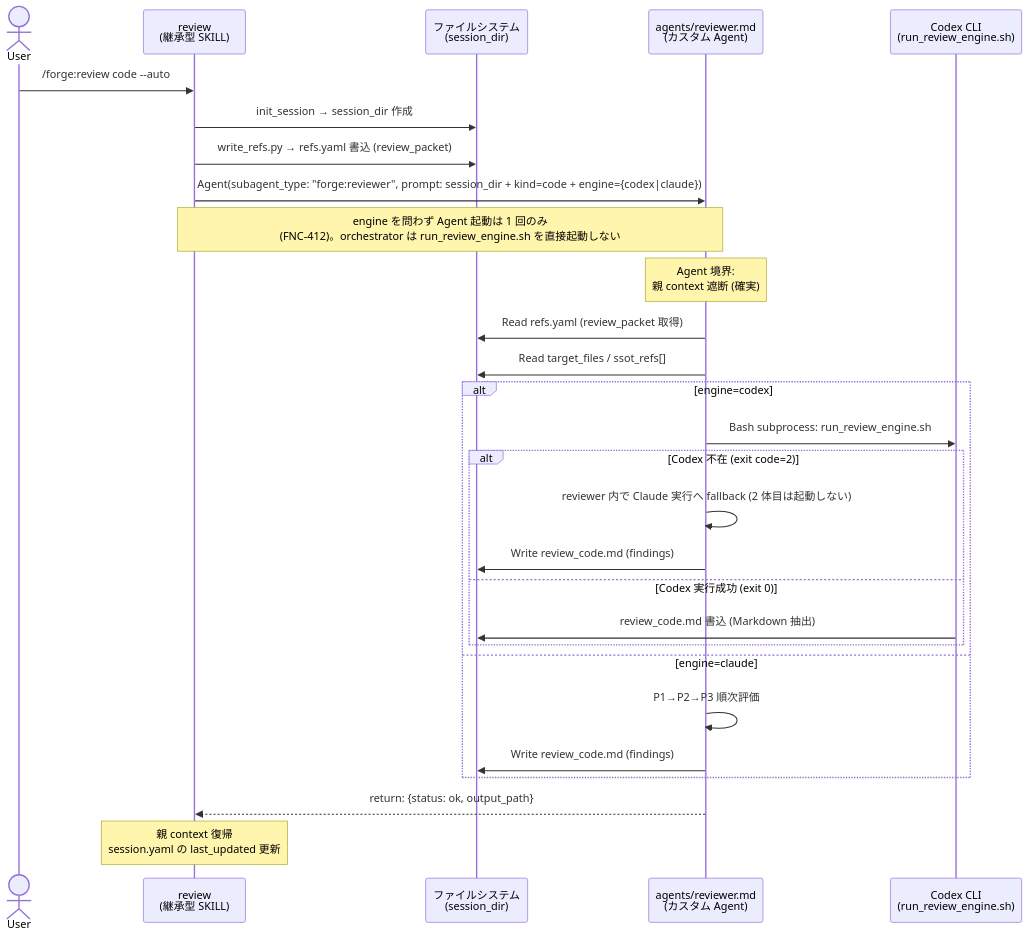
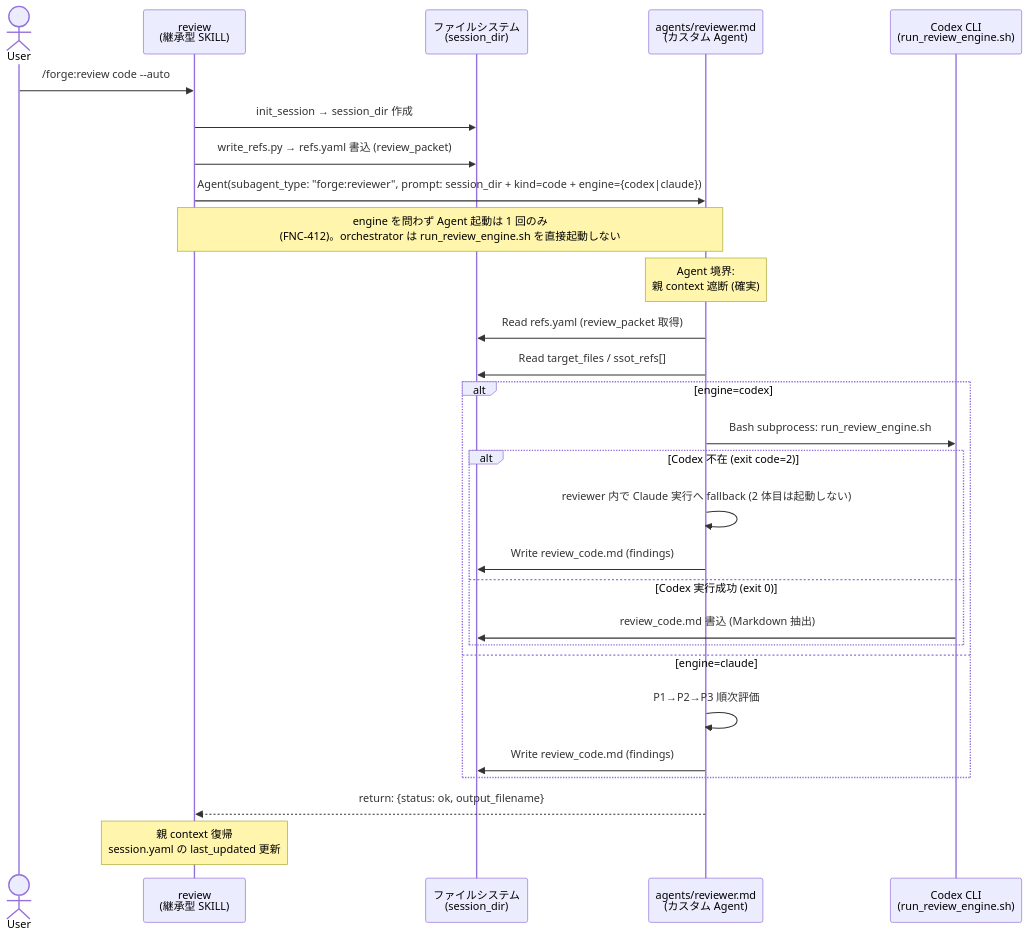
Before and after one commit to BlueEventHorizon/bw-cc-plugins: the third of 4 diagrams in docs/specs/forge/design/DES-029_skill_agent_launch_contract_design.md, drawn with Mermaid. The commit also changed other lines of this file and 4 other files, not shown here.

````diff
--- a/docs/specs/forge/design/DES-029_skill_agent_launch_contract_design.md
+++ b/docs/specs/forge/design/DES-029_skill_agent_launch_contract_design.md
@@ -283,31 +283,31 @@
 ```mermaid
 sequenceDiagram
     actor User
     participant Review as review<br/>(継承型 SKILL)
     participant FS as ファイルシステム<br/>(session_dir)
     participant Reviewer as agents/reviewer.md<br/>(カスタム Agent)
     participant Codex as Codex CLI<br/>(run_review_engine.sh)
 
     User->>Review: /forge:review code --auto
     Review->>FS: init_session → session_dir 作成
     Review->>FS: write_refs.py → refs.yaml 書込 (review_packet)
     Review->>Reviewer: Agent(subagent_type: "forge:reviewer", prompt: session_dir + kind=code + engine={codex|claude})
     Note over Review,Reviewer: engine を問わず Agent 起動は 1 回のみ<br/>(FNC-412)。orchestrator は run_review_engine.sh を直接起動しない
     Note over Reviewer: Agent 境界:<br/>親 context 遮断 (確実)
     Reviewer->>FS: Read refs.yaml (review_packet 取得)
     Reviewer->>FS: Read target_files / ssot_refs[]
     alt engine=codex
         Reviewer->>Codex: Bash subprocess: run_review_engine.sh
         alt Codex 不在 (exit code=2)
             Reviewer->>Reviewer: reviewer 内で Claude 実行へ fallback (2 体目は起動しない)
             Reviewer->>FS: Write review_code.md (findings)
         else Codex 実行成功 (exit 0)
             Codex->>FS: review_code.md 書込 (Markdown 抽出)
         end
     else engine=claude
         Reviewer->>Reviewer: P1→P2→P3 順次評価
         Reviewer->>FS: Write review_code.md (findings)
     end
-    Reviewer-->>Review: return: {status: ok, output_path}
+    Reviewer-->>Review: return: {status: ok, output_filename}
     Note over Review: 親 context 復帰<br/>session.yaml の last_updated 更新
 ```
````
